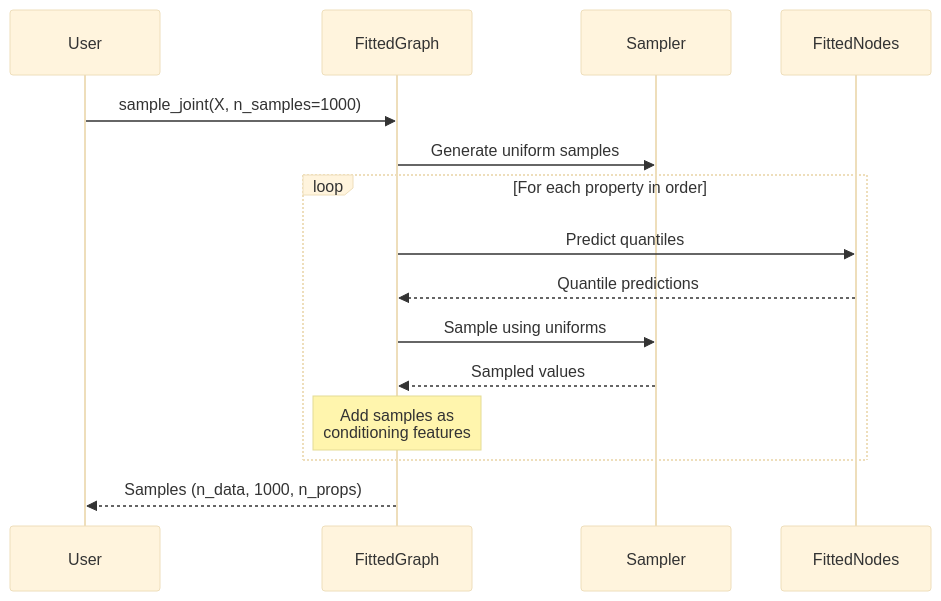
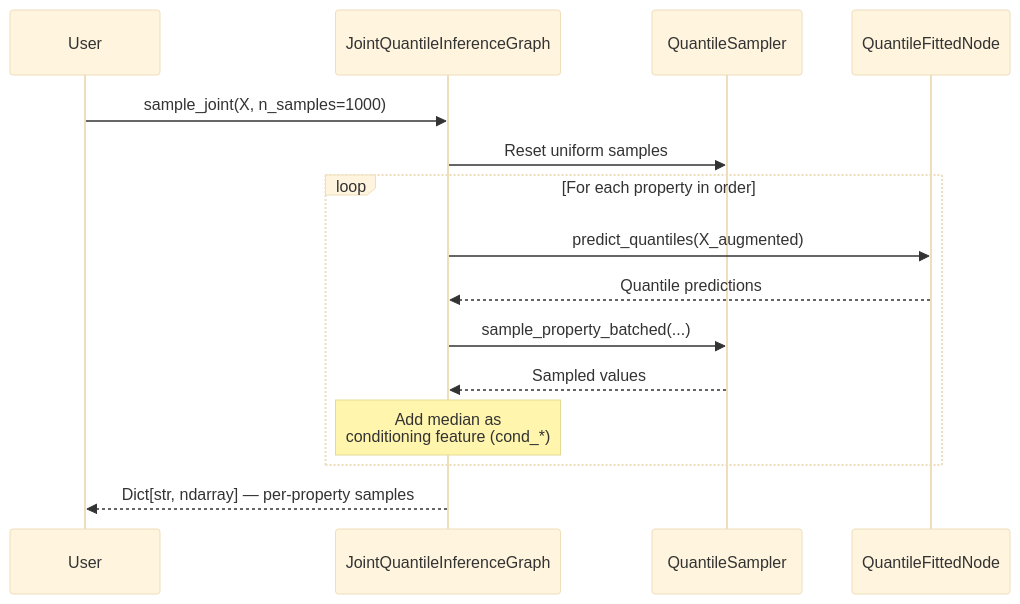
The seventh of 7 diagrams in docs/joint-quantile-regression.md (caldred/auto-sklearn), drawn with Mermaid (base theme) before and after one commit. The commit also changed other lines of this file and 123 other files, not shown here.

````diff
--- a/docs/joint-quantile-regression.md
+++ b/docs/joint-quantile-regression.md
@@ -438,22 +470,22 @@
 ```mermaid
 sequenceDiagram
     participant U as User
-    participant F as FittedGraph
-    participant S as Sampler
-    participant N as FittedNodes
+    participant JQ as JointQuantileInferenceGraph
+    participant S as QuantileSampler
+    participant N as QuantileFittedNode
 
-    U->>F: sample_joint(X, n_samples=1000)
-    F->>S: Generate uniform samples
+    U->>JQ: sample_joint(X, n_samples=1000)
+    JQ->>S: Reset uniform samples
 
     loop For each property in order
-        F->>N: Predict quantiles
-        N-->>F: Quantile predictions
+        JQ->>N: predict_quantiles(X_augmented)
+        N-->>JQ: Quantile predictions
 
-        F->>S: Sample using uniforms
-        S-->>F: Sampled values
+        JQ->>S: sample_property_batched(...)
+        S-->>JQ: Sampled values
 
-        Note over F: Add samples as<br/>conditioning features
+        Note over JQ: Add median as<br/>conditioning feature (cond_*)
     end
 
-    F-->>U: Samples (n_data, 1000, n_props)
+    JQ-->>U: Dict[str, ndarray] — per-property samples
 ```
````
